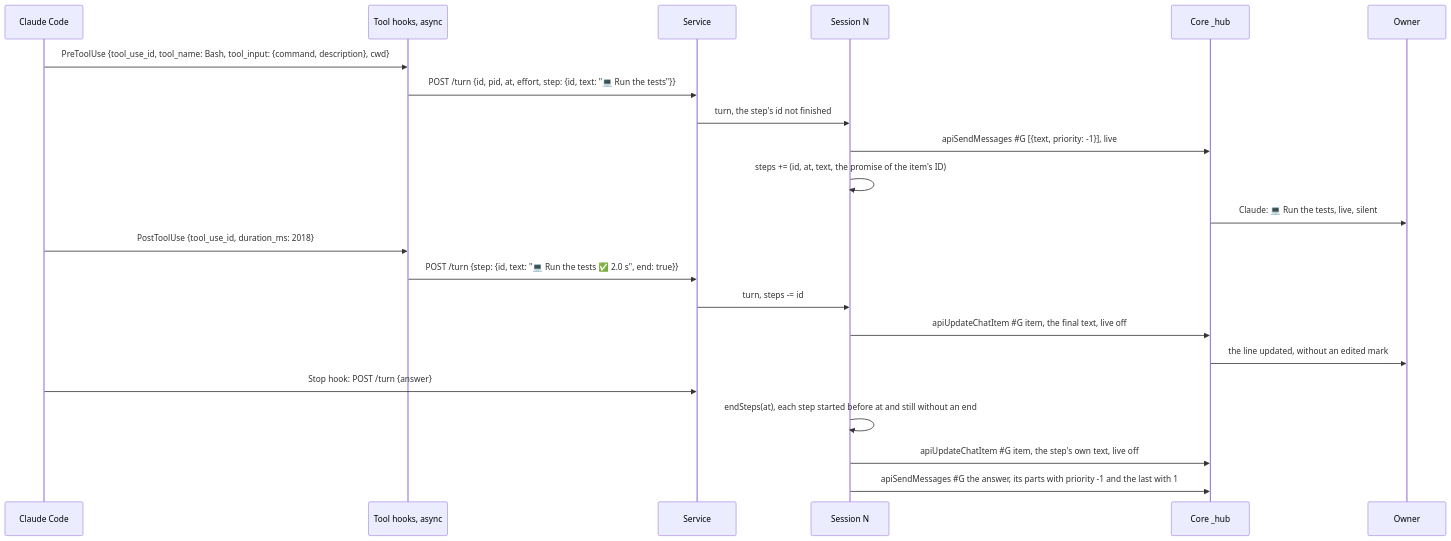
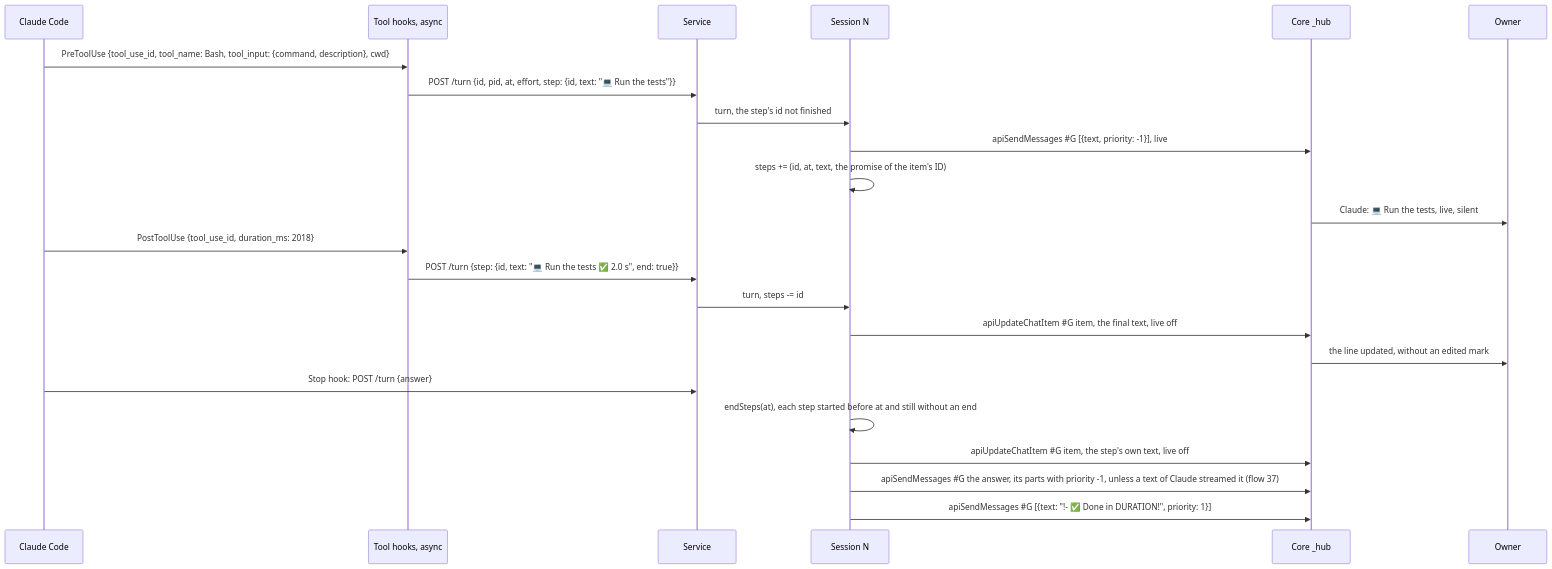
Before and after one commit to simplex-chat/simplex-chat: diagram 32 of 38 in packages/simplex-chat-mcp/spec/flows.md, drawn with Mermaid. The commit also changed other lines of this file and 26 other files, not shown here.

````diff
--- a/packages/simplex-chat-mcp/spec/flows.md
+++ b/packages/simplex-chat-mcp/spec/flows.md
@@ -1460,24 +1475,25 @@
 ```mermaid
 sequenceDiagram
   participant CC as Claude Code
   participant HK as Tool hooks, async
   participant D as Service
   participant N as Session N
   participant C as Core _hub
   participant O as Owner
   CC->>HK: PreToolUse {tool_use_id, tool_name: Bash, tool_input: {command, description}, cwd}
   HK->>D: POST /turn {id, pid, at, effort, step: {id, text: "💻 Run the tests"}}
   D->>N: turn, the step's id not finished
   N->>C: apiSendMessages #35;G [{text, priority: -1}], live
   N->>N: steps += (id, at, text, the promise of the item's ID)
   C->>O: Claude: 💻 Run the tests, live, silent
   CC->>HK: PostToolUse {tool_use_id, duration_ms: 2018}
   HK->>D: POST /turn {step: {id, text: "💻 Run the tests ✅ 2.0 s", end: true}}
   D->>N: turn, steps -= id
   N->>C: apiUpdateChatItem #35;G item, the final text, live off
   C->>O: the line updated, without an edited mark
   CC->>D: Stop hook: POST /turn {answer}
   N->>N: endSteps(at), each step started before at and still without an end
   N->>C: apiUpdateChatItem #35;G item, the step's own text, live off
-  N->>C: apiSendMessages #35;G the answer, its parts with priority -1 and the last with 1
+  N->>C: apiSendMessages #35;G the answer, its parts with priority -1, unless a text of Claude streamed it (flow 37)
+  N->>C: apiSendMessages #35;G [{text: "!- ✅ Done in DURATION!", priority: 1}]
 ```
````
